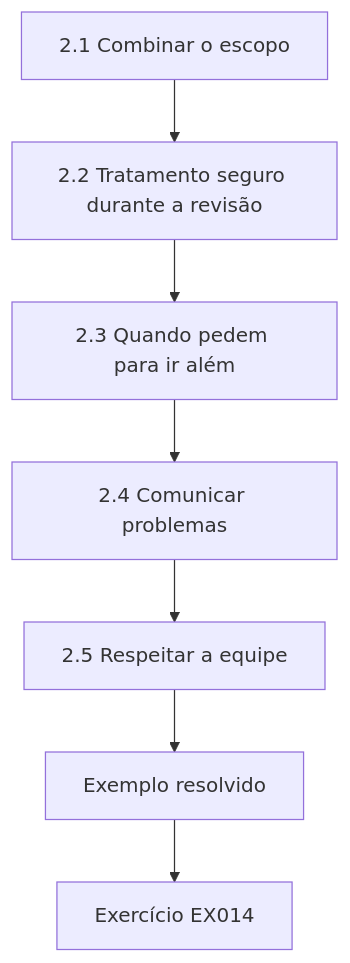
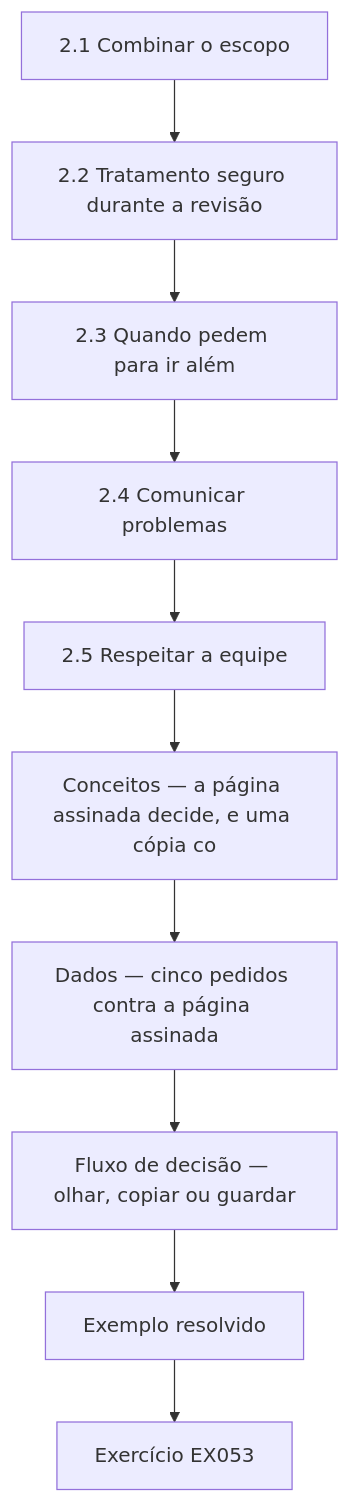
One commit to hiagokinlevi/CyKin changed the fourth of 12 diagrams in levels/rapid-1-month/privacy-data-protection/pt/book/MANUSCRIPT.md. Above: the diagram before and after it, drawn with Mermaid. The commit also changed other lines of this file and 1 other file, not shown here.

````diff
--- a/levels/rapid-1-month/privacy-data-protection/pt/book/MANUSCRIPT.md
+++ b/levels/rapid-1-month/privacy-data-protection/pt/book/MANUSCRIPT.md
@@ -157,11 +223,14 @@
 ```mermaid
 flowchart TD
   N0["2.1 Combinar o escopo"]
   N1["2.2 Tratamento seguro durante a revisão"]
   N2["2.3 Quando pedem para ir além"]
   N3["2.4 Comunicar problemas"]
   N4["2.5 Respeitar a equipe"]
-  N0 --> N1 --> N2 --> N3 --> N4
-  N4 --> EX["Exemplo resolvido"]
-  EX --> Q["Exercício EX014"]
+  N5["Conceitos — a página assinada decide, e uma cópia co"]
+  N6["Dados — cinco pedidos contra a página assinada"]
+  N7["Fluxo de decisão — olhar, copiar ou guardar"]
+  N0 --> N1 --> N2 --> N3 --> N4 --> N5 --> N6 --> N7
+  N7 --> EX["Exemplo resolvido"]
+  EX --> Q["Exercício EX053"]
 ```
````
